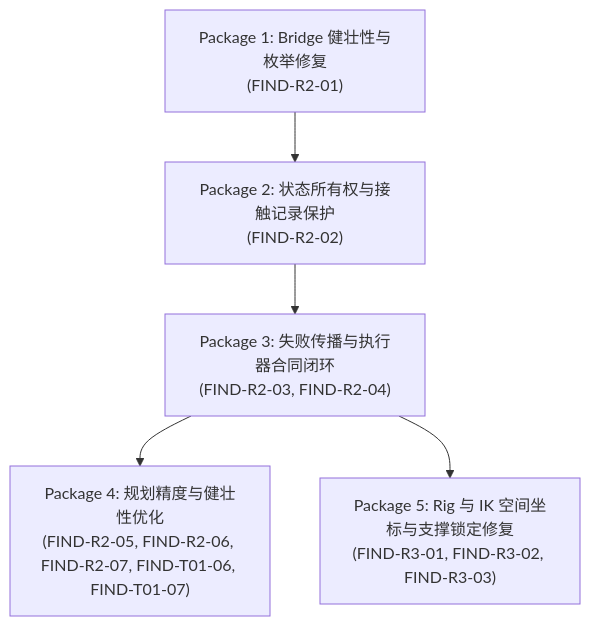
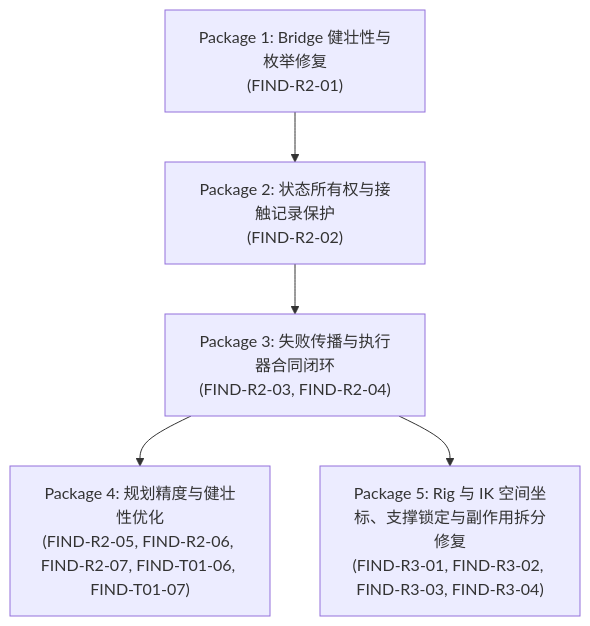
Before and after one commit to cgfe10231-ai/ProceduralAnimation: the diagram in docs/audit/production_interface/OPEN_FINDINGS.md, drawn with Mermaid. The commit also changed other lines of this file and 5 other files, not shown here.

````diff
--- a/docs/audit/production_interface/OPEN_FINDINGS.md
+++ b/docs/audit/production_interface/OPEN_FINDINGS.md
@@ -324,7 +365,7 @@
 ```mermaid
 flowchart TD
     PKG1["Package 1: Bridge 健壮性与枚举修复<br>(FIND-R2-01)"] --> PKG2["Package 2: 状态所有权与接触记录保护<br>(FIND-R2-02)"]
     PKG2 --> PKG3["Package 3: 失败传播与执行器合同闭环<br>(FIND-R2-03, FIND-R2-04)"]
     PKG3 --> PKG4["Package 4: 规划精度与健壮性优化<br>(FIND-R2-05, FIND-R2-06, FIND-R2-07, FIND-T01-06, FIND-T01-07)"]
-    PKG3 --> PKG5["Package 5: Rig 与 IK 空间坐标与支撑锁定修复<br>(FIND-R3-01, FIND-R3-02, FIND-R3-03)"]
+    PKG3 --> PKG5["Package 5: Rig 与 IK 空间坐标、支撑锁定与副作用拆分修复<br>(FIND-R3-01, FIND-R3-02, FIND-R3-03, FIND-R3-04)"]
 ```
````
